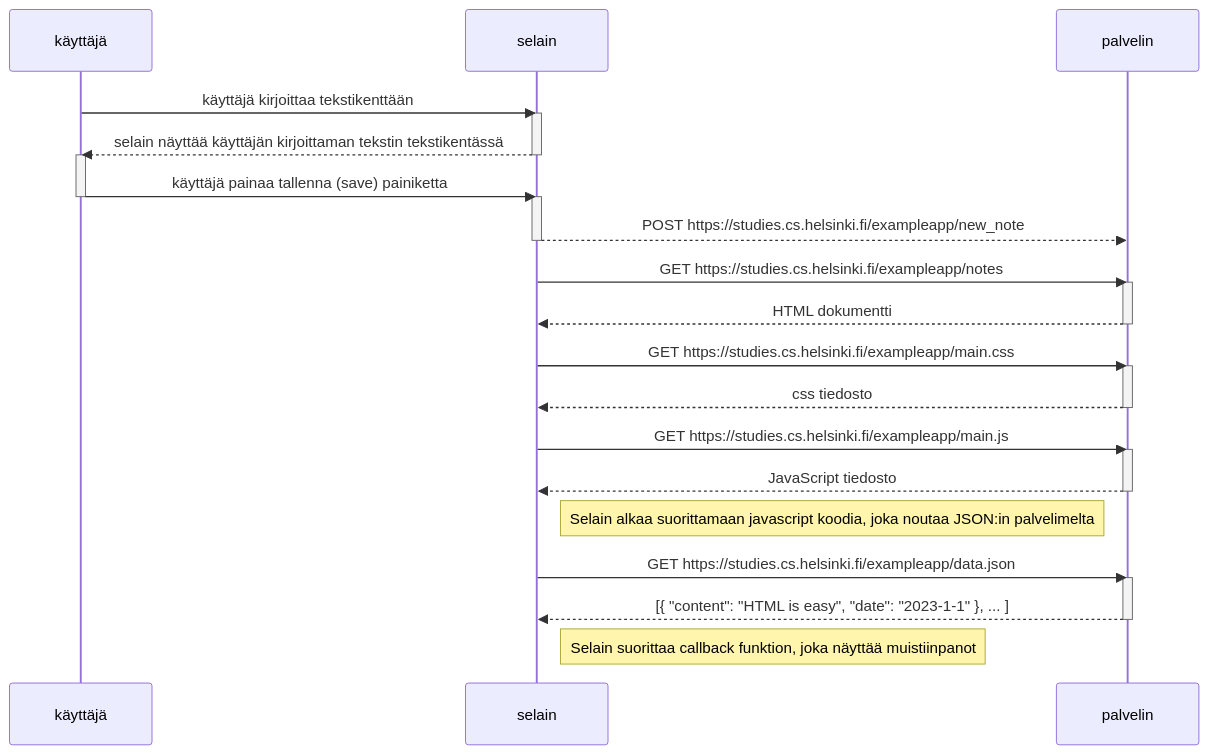
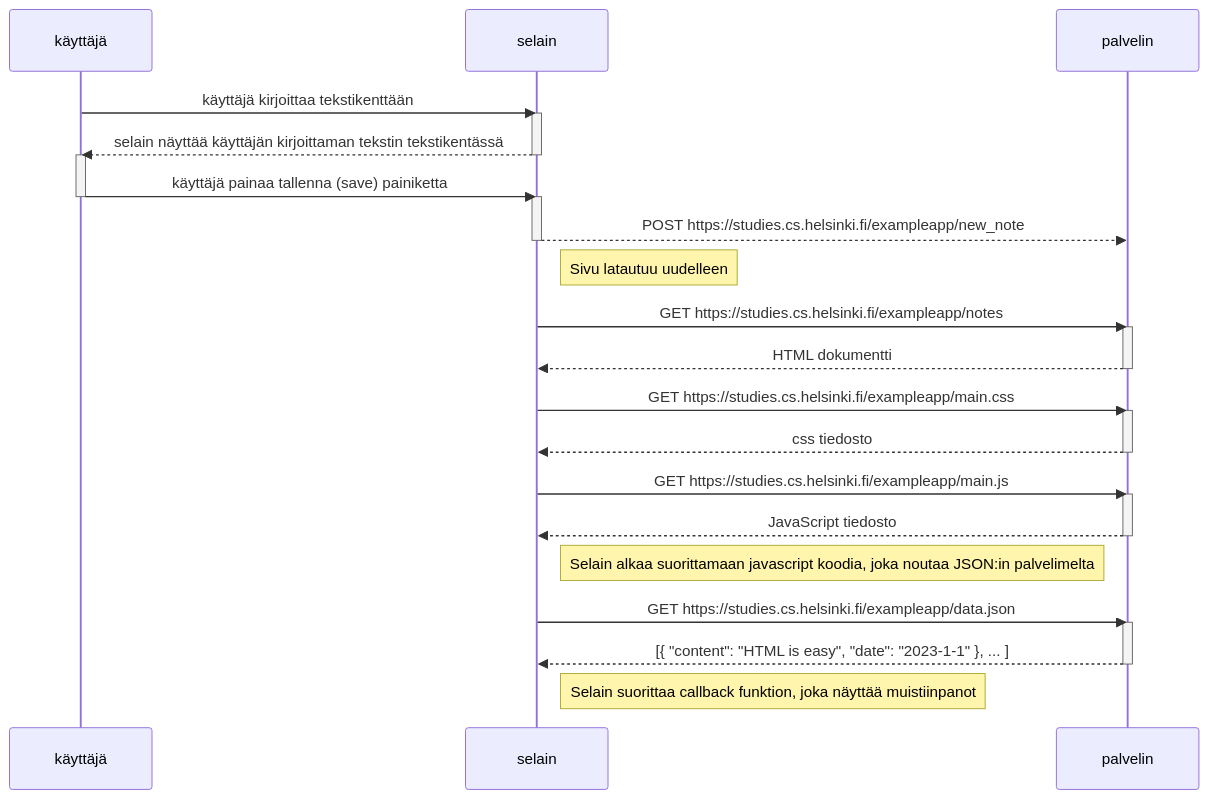
Before and after one commit to RRambo/Fullstack-Open: the diagram in osa0/0.4: uusi muistiinpano.md, drawn with Mermaid.

Commit message:
Update 0.4: uusi muistiinpano.md
Lisäsin refresh muistiinpanon

````diff
--- a/osa0/0.4: uusi muistiinpano.md
+++ b/osa0/0.4: uusi muistiinpano.md
@@ -1,42 +1,44 @@
 ```mermaid
     sequenceDiagram
-		participant käyttäjä
+	participant käyttäjä
         participant selain
         participant palvelin
         
         käyttäjä->>selain: käyttäjä kirjoittaa tekstikenttään
         activate selain
         selain-->>käyttäjä: selain näyttää käyttäjän kirjoittaman tekstin tekstikentässä
         deactivate selain
-		activate käyttäjä
+	activate käyttäjä
         
         käyttäjä->>selain: käyttäjä painaa tallenna (save) painiketta
-		deactivate käyttäjä
+	deactivate käyttäjä
         activate selain
         selain-->>palvelin: POST https://studies.cs.helsinki.fi/exampleapp/new_note
         deactivate selain
-		
-		selain->>palvelin: GET https://studies.cs.helsinki.fi/exampleapp/notes
-	    activate palvelin
-	    palvelin-->>selain: HTML dokumentti
-	    deactivate palvelin
+
+	Note right of selain: Sivu latautuu uudelleen
+	
+	selain->>palvelin: GET https://studies.cs.helsinki.fi/exampleapp/notes
+	activate palvelin
+	palvelin-->>selain: HTML dokumentti
+	deactivate palvelin
 	    
-	    selain->>palvelin: GET https://studies.cs.helsinki.fi/exampleapp/main.css
-	    activate palvelin
-	    palvelin-->>selain: css tiedosto
-	    deactivate palvelin
+	selain->>palvelin: GET https://studies.cs.helsinki.fi/exampleapp/main.css
+	activate palvelin
+	palvelin-->>selain: css tiedosto
+	deactivate palvelin
 	    
-	    selain->>palvelin: GET https://studies.cs.helsinki.fi/exampleapp/main.js
-	    activate palvelin
-	    palvelin-->>selain: JavaScript tiedosto
-	    deactivate palvelin
+	selain->>palvelin: GET https://studies.cs.helsinki.fi/exampleapp/main.js
+	activate palvelin
+	palvelin-->>selain: JavaScript tiedosto
+	deactivate palvelin
 	    
-	    Note right of selain: Selain alkaa suorittamaan javascript koodia, joka noutaa JSON:in palvelimelta
+	Note right of selain: Selain alkaa suorittamaan javascript koodia, joka noutaa JSON:in palvelimelta
 	    
-	    selain->>palvelin: GET https://studies.cs.helsinki.fi/exampleapp/data.json
-	    activate palvelin
-	    palvelin-->>selain: [{ "content": "HTML is easy", "date": "2023-1-1" }, ... ]
-	    deactivate palvelin    
+	selain->>palvelin: GET https://studies.cs.helsinki.fi/exampleapp/data.json
+	activate palvelin
+	palvelin-->>selain: [{ "content": "HTML is easy", "date": "2023-1-1" }, ... ]
+	deactivate palvelin    
 	
-	    Note right of selain: Selain suorittaa callback funktion, joka näyttää muistiinpanot
+	Note right of selain: Selain suorittaa callback funktion, joka näyttää muistiinpanot
 ```
````
